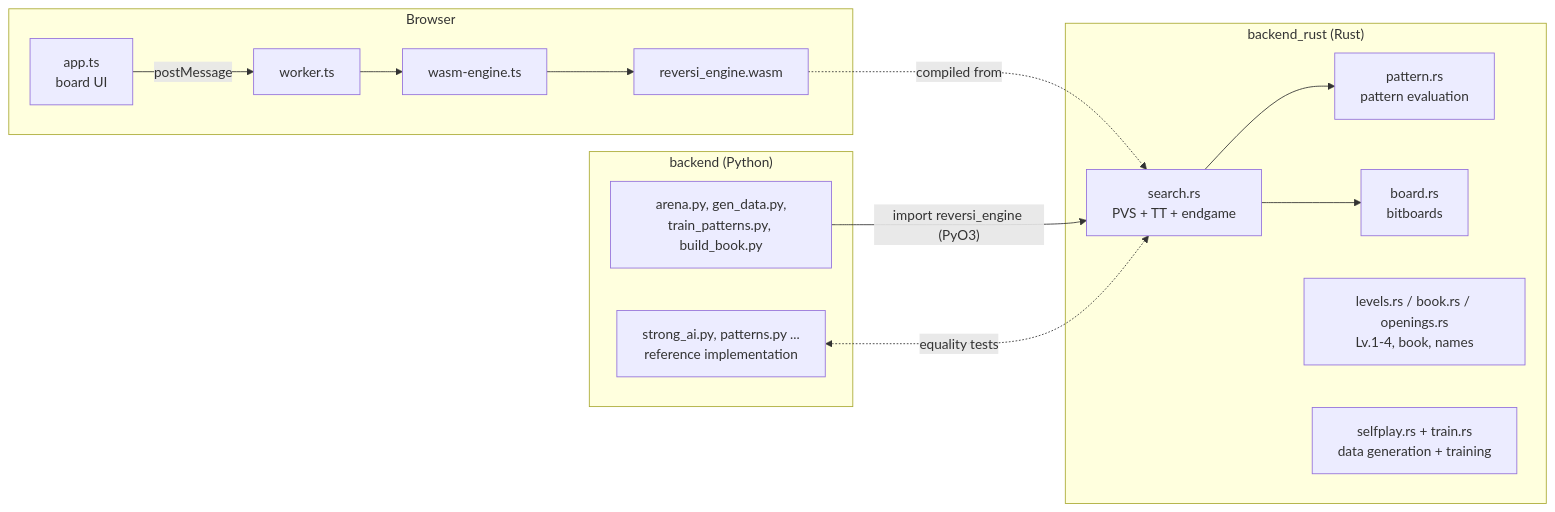
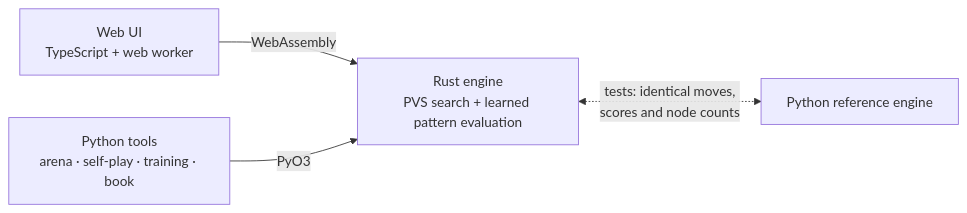
One commit to maruuu-eg-08/reversi changed the diagram in README.md. Above: the diagram before and after it, drawn with Mermaid.

Commit message:
Simplify the README architecture diagram

````diff
--- a/README.md
+++ b/README.md
@@ -53,21 +53,7 @@
 ```mermaid
 flowchart LR
-  subgraph Browser
-    UI["app.ts<br/>board UI"] -- postMessage --> W["worker.ts"]
-    W --> WE["wasm-engine.ts"]
-    WE --> WASM["reversi_engine.wasm"]
-  end
-  subgraph "backend_rust (Rust)"
-    S["search.rs<br/>PVS + TT + endgame"] --> P["pattern.rs<br/>pattern evaluation"]
-    S --> B["board.rs<br/>bitboards"]
-    L["levels.rs / book.rs / openings.rs<br/>Lv.1-4, book, names"]
-    T["selfplay.rs + train.rs<br/>data generation + training"]
-  end
-  subgraph "backend (Python)"
-    PY["strong_ai.py, patterns.py ...<br/>reference implementation"]
-    TOOLS["arena.py, gen_data.py,<br/>train_patterns.py, build_book.py"]
-  end
-  WASM -.compiled from.-> S
-  TOOLS -- "import reversi_engine (PyO3)" --> S
-  PY <-. "equality tests" .-> S
+  UI["Web UI<br/>TypeScript + web worker"] -- "WebAssembly" --> R
+  T["Python tools<br/>arena · self-play · training · book"] -- "PyO3" --> R
+  R["Rust engine<br/>PVS search + learned pattern evaluation"]
+  R <-. "tests: identical moves,<br/>scores and node counts" .-> P["Python reference engine"]
 ```
````
